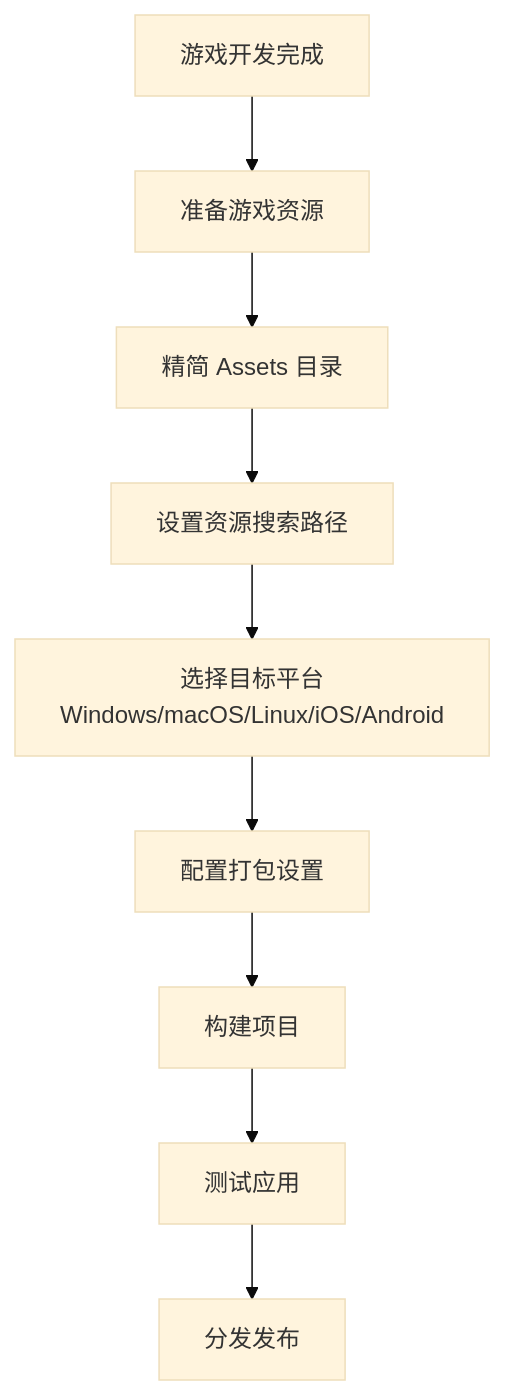
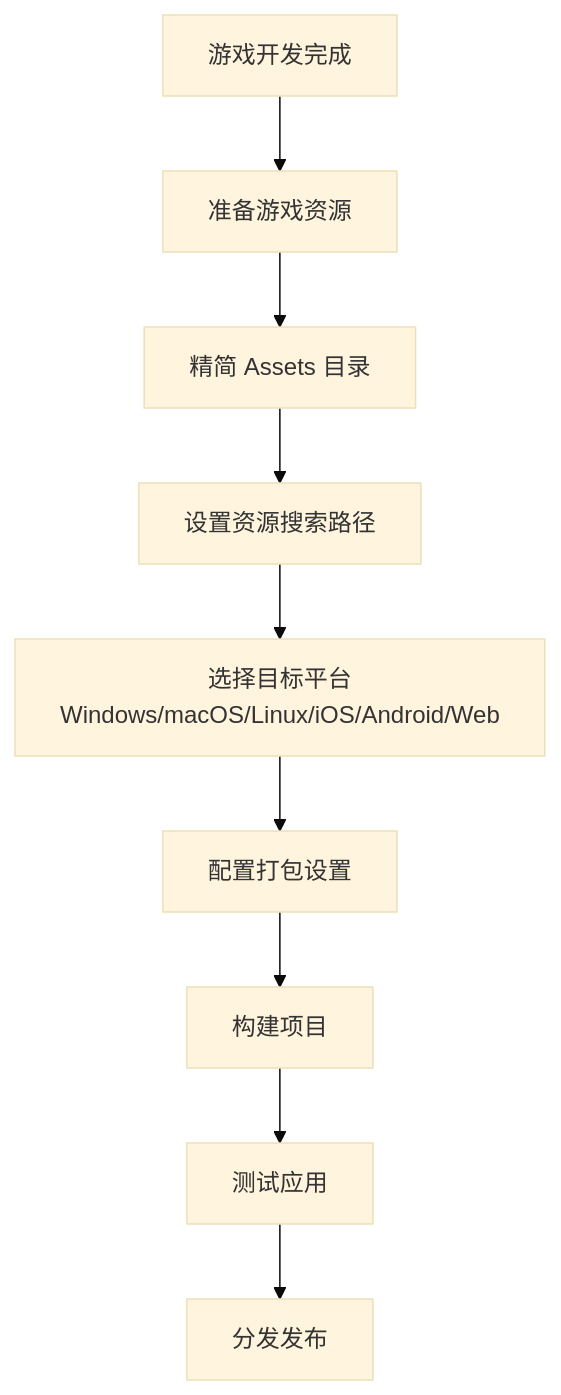
The diagram in Docs/i18n/zh-Hans/docusaurus-plugin-content-docs/current/tutorial/130.game-app-pack.mdx (IppClub/Dora-SSR), drawn with Mermaid (base theme) before and after one commit. The commit also changed other lines of this file and 444 other files, not shown here.

````diff
--- a/Docs/i18n/zh-Hans/docusaurus-plugin-content-docs/current/tutorial/130.game-app-pack.mdx
+++ b/Docs/i18n/zh-Hans/docusaurus-plugin-content-docs/current/tutorial/130.game-app-pack.mdx
@@ -10,13 +10,13 @@
 ```mermaid
 graph TD
     A[游戏开发完成] --> B[准备游戏资源]
     B --> C[精简 Assets 目录]
     C --> D[设置资源搜索路径]
-    D --> E[选择目标平台<br/>Windows/macOS/Linux/iOS/Android]
+    D --> E[选择目标平台<br/>Windows/macOS/Linux/iOS/Android/Web]
 
     E --> F[配置打包设置]
 
     F --> G[构建项目]
     G --> H[测试应用]
     H --> I[分发发布]
 ```
````
